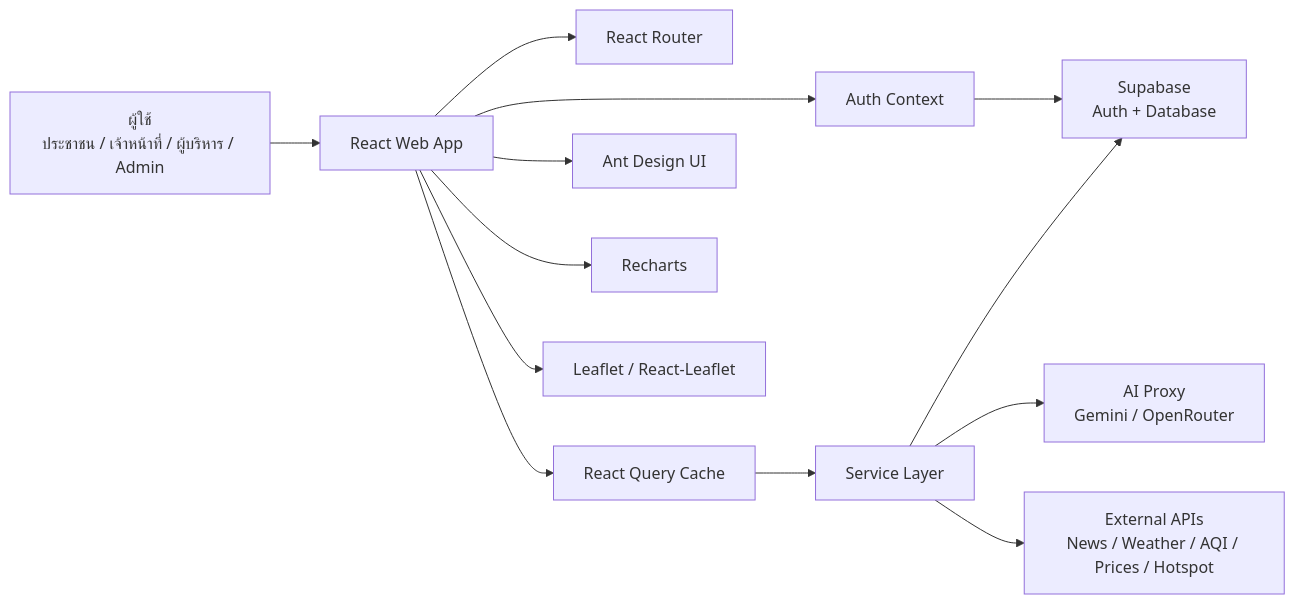
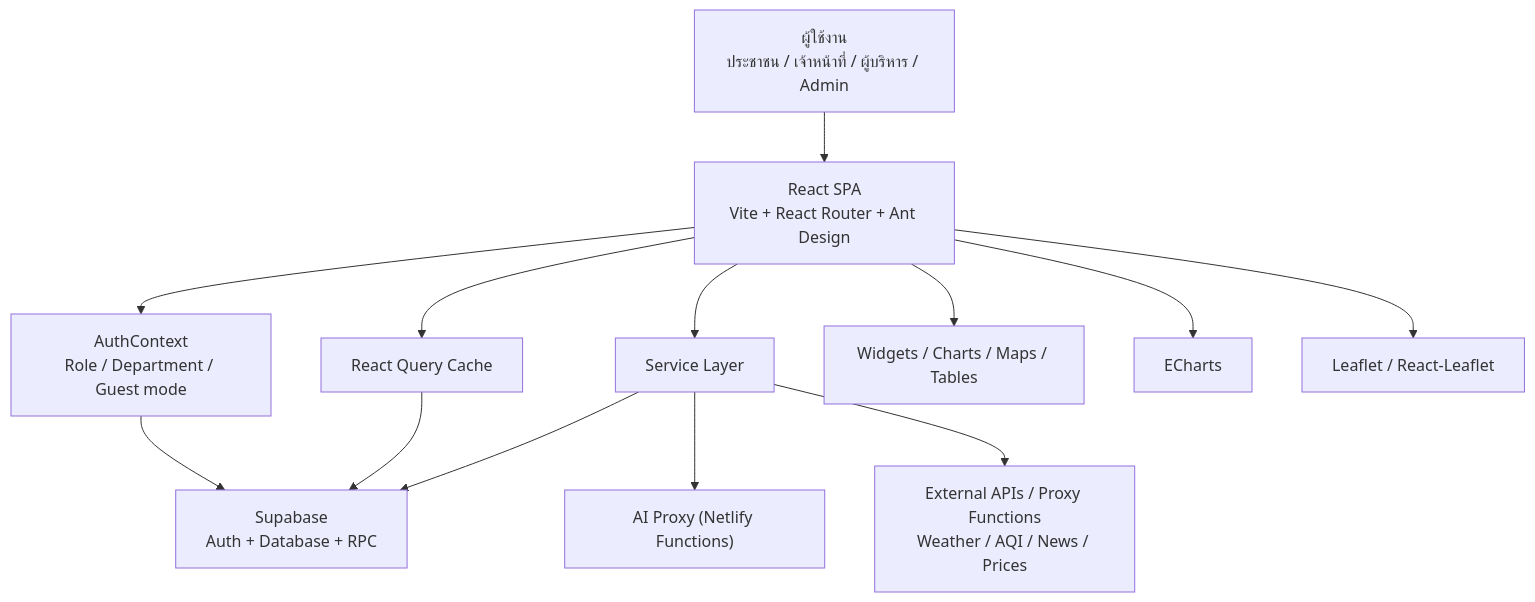
Before and after one commit to dragonfly13110/npt_dashboard: the diagram in docs/reference/SYSTEM_OVERVIEW.md, drawn with Mermaid. The commit also changed other lines of this file and 12 other files, not shown here.

````diff
--- a/docs/reference/SYSTEM_OVERVIEW.md
+++ b/docs/reference/SYSTEM_OVERVIEW.md
@@ -217,17 +22,18 @@
 ```mermaid
-flowchart LR
-    USER["ผู้ใช้<br/>ประชาชน / เจ้าหน้าที่ / ผู้บริหาร / Admin"] --> WEB["React Web App"]
-    WEB --> ROUTER["React Router"]
-    WEB --> AUTH["Auth Context"]
-    WEB --> QUERY["React Query Cache"]
-    WEB --> UI["Ant Design UI"]
+flowchart TD
+    USER["ผู้ใช้งาน<br/>ประชาชน / เจ้าหน้าที่ / ผู้บริหาร / Admin"] --> FE["React SPA<br/>Vite + React Router + Ant Design"]
 
-    AUTH --> SUPABASE["Supabase<br/>Auth + Database"]
-    QUERY --> SERVICES["Service Layer"]
-    SERVICES --> SUPABASE
-    SERVICES --> AI["AI Proxy<br/>Gemini / OpenRouter"]
-    SERVICES --> EXT["External APIs<br/>News / Weather / AQI / Prices / Hotspot"]
+    FE --> AUTH["AuthContext<br/>Role / Department / Guest mode"]
+    FE --> QUERY["React Query Cache"]
+    FE --> SVC["Service Layer"]
+    FE --> WIDGETS["Widgets / Charts / Maps / Tables"]
 
-    WEB --> CHART["Recharts"]
-    WEB --> MAP["Leaflet / React-Leaflet"]
+    SVC --> SB["Supabase<br/>Auth + Database + RPC"]
+    SVC --> AI["AI Proxy (Netlify Functions)"]
+    SVC --> EXT["External APIs / Proxy Functions<br/>Weather / AQI / News / Prices"]
+
+    QUERY --> SB
+    AUTH --> SB
+    FE --> CHART["ECharts"]
+    FE --> MAP["Leaflet / React-Leaflet"]
 ```
````
